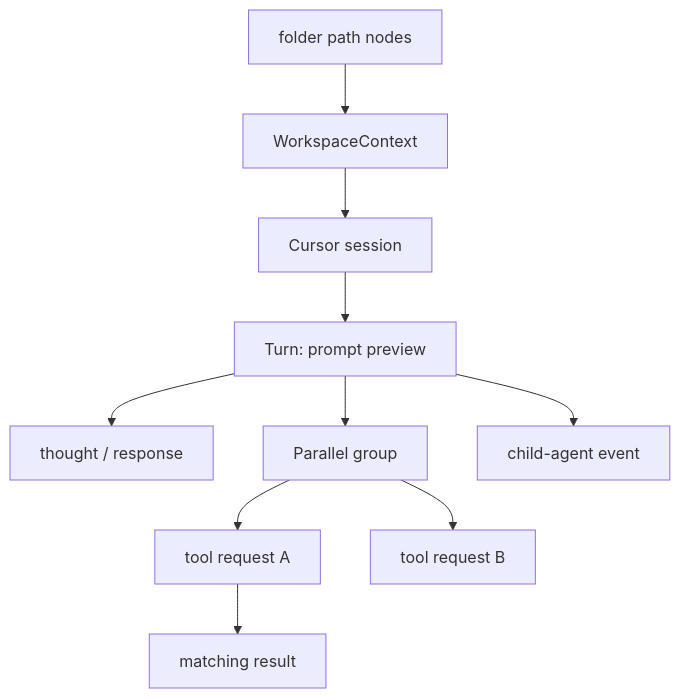
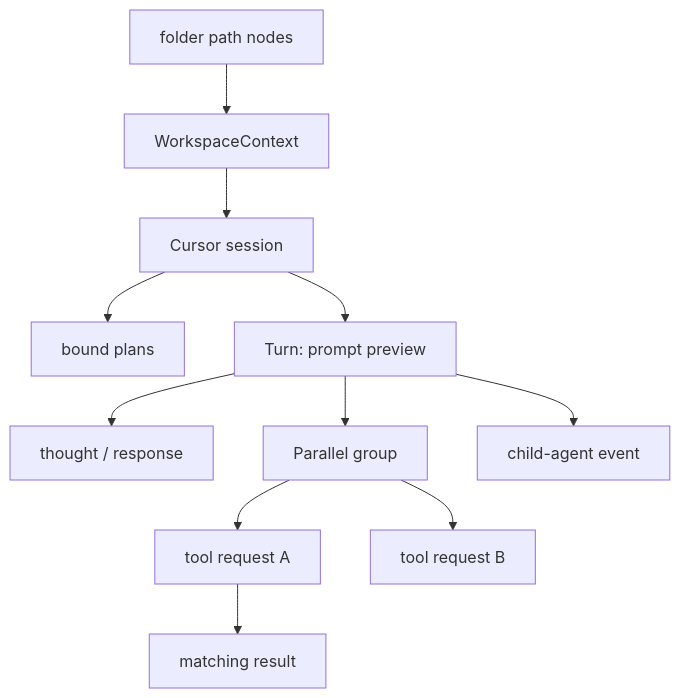
The third of 3 diagrams in docs/session_cursor.md (chrisnas/HarnessSpy), drawn with Mermaid before and after one commit. The commit also changed other lines of this file and 5 other files, not shown here.

````diff
--- a/docs/session_cursor.md
+++ b/docs/session_cursor.md
@@ -391,12 +406,13 @@
 ```mermaid
 flowchart TD
     Folder["folder path nodes"] --> Workspace["WorkspaceContext"]
     Workspace --> Session["Cursor session"]
+    Session --> Plan["bound plans"]
     Session --> Turn["Turn: prompt preview"]
     Turn --> Thought["thought / response"]
     Turn --> Parallel["Parallel group"]
     Parallel --> RequestA["tool request A"]
     Parallel --> RequestB["tool request B"]
     RequestA --> ResultA["matching result"]
     Turn --> ChildEvent["child-agent event"]
 ```
````
